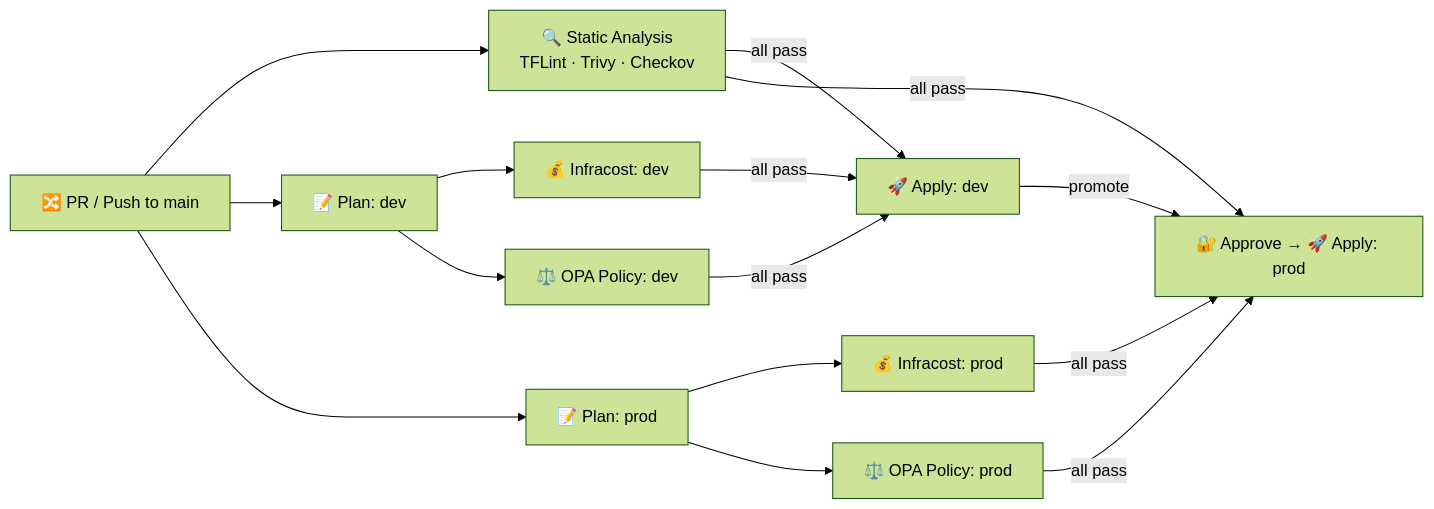
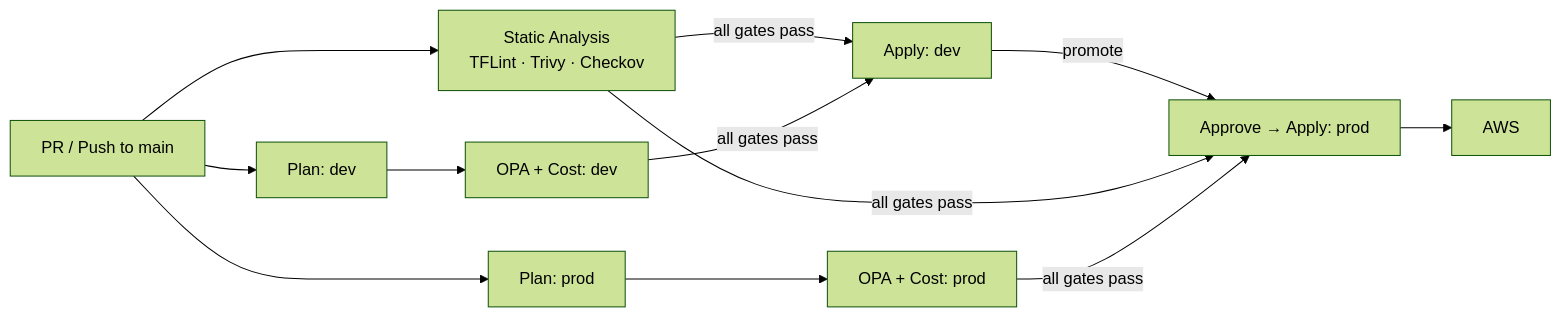
Before and after one commit to ok-karthik/enterprise-aws-infrastructure-terragrunt: the diagram in README.md, drawn with Mermaid (forest theme). The commit also changed other lines of this file, not shown here.

Commit message:
docs: rewrite README for concision and add architecture/cicd deep-dives

````diff
--- a/README.md
+++ b/README.md
@@ -126,16 +53,12 @@
 ```mermaid
 graph LR
-    PR["🔀 PR / Push to main"] --> SA["🔍 Static Analysis\nTFLint · Trivy · Checkov"]
-    PR --> PD["📝 Plan: dev"]
-    PR --> PP["📝 Plan: prod"]
-
-    PD --> CD["💰 Infracost: dev"]
-    PD --> GD["⚖️ OPA Policy: dev"]
-
-    PP --> CP["💰 Infracost: prod"]
-    PP --> GP["⚖️ OPA Policy: prod"]
-
-    SA & CD & GD -->|"all pass"| AD["🚀 Apply: dev"]
-    AD -->|"promote"| AP["🔐 Approve → 🚀 Apply: prod"]
-    SA & CP & GP -->|"all pass"| AP
+    PR["PR / Push to main"] --> SA["Static Analysis\nTFLint · Trivy · Checkov"]
+    PR --> PD["Plan: dev"]
+    PR --> PP["Plan: prod"]
+    PD --> GD["OPA + Cost: dev"]
+    PP --> GP["OPA + Cost: prod"]
+    SA & GD -->|all gates pass| AD["Apply: dev"]
+    AD -->|promote| AP["Approve → Apply: prod"]
+    SA & GP -->|all gates pass| AP
+    AP --> AWS["AWS"]
 ```
````
